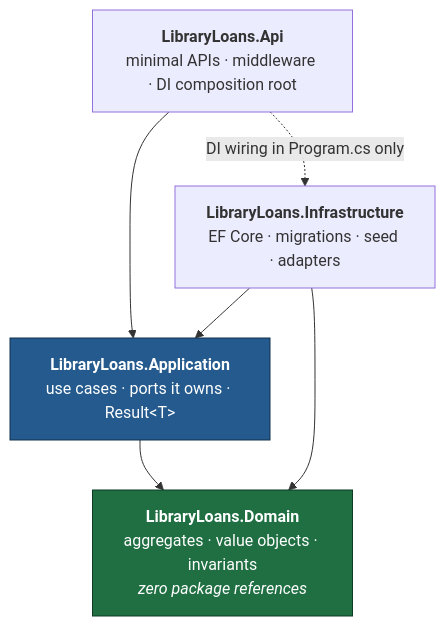
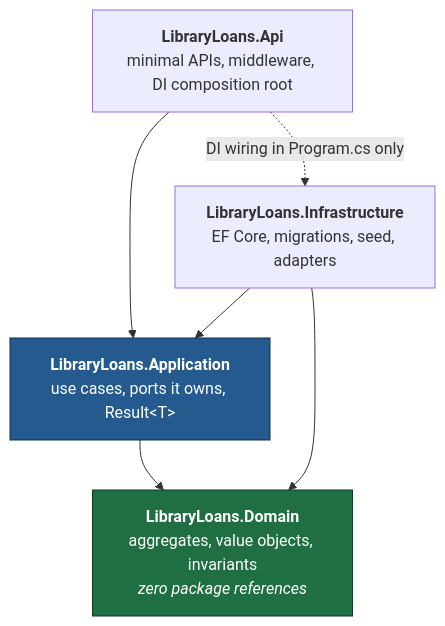
One commit to Nooziergg/library-loans-api changed the second of 7 diagrams in docs/ARCHITECTURE.md. Above: the diagram before and after it, drawn with Mermaid. The commit also changed other lines of this file and 127 other files, not shown here.

````diff
--- a/docs/ARCHITECTURE.md
+++ b/docs/ARCHITECTURE.md
@@ -72,16 +72,16 @@
 ```mermaid
 flowchart TD
-    API["<b>LibraryLoans.Api</b><br/>minimal APIs · middleware · DI composition root"]
-    INF["<b>LibraryLoans.Infrastructure</b><br/>EF Core · migrations · seed · adapters"]
-    APP["<b>LibraryLoans.Application</b><br/>use cases · ports it owns · Result&lt;T&gt;"]
-    DOM["<b>LibraryLoans.Domain</b><br/>aggregates · value objects · invariants<br/><i>zero package references</i>"]
+    API["<b>LibraryLoans.Api</b><br/>minimal APIs, middleware, DI composition root"]
+    INF["<b>LibraryLoans.Infrastructure</b><br/>EF Core, migrations, seed, adapters"]
+    APP["<b>LibraryLoans.Application</b><br/>use cases, ports it owns, Result&lt;T&gt;"]
+    DOM["<b>LibraryLoans.Domain</b><br/>aggregates, value objects, invariants<br/><i>zero package references</i>"]
 
     API --> APP
     API -.->|"DI wiring in Program.cs only"| INF
     INF --> APP
     INF --> DOM
     APP --> DOM
 
     style DOM fill:#1f6f43,stroke:#0d3b24,color:#fff
     style APP fill:#245a8d,stroke:#12304a,color:#fff
 ```
````
